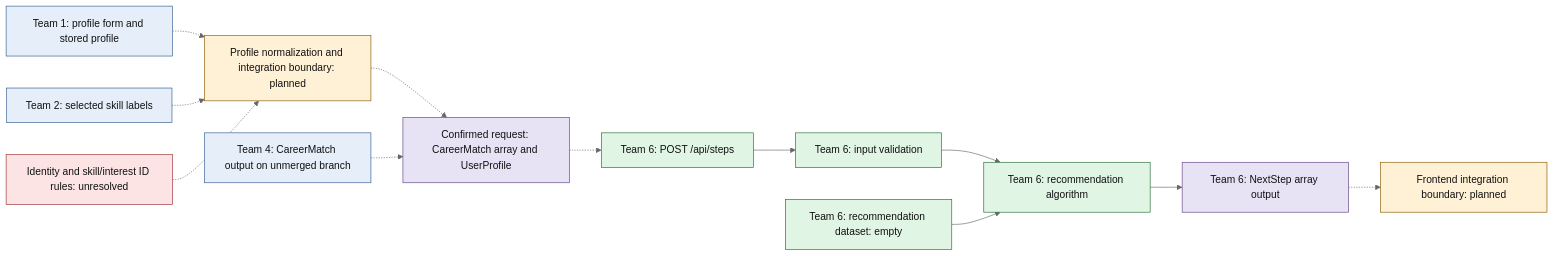
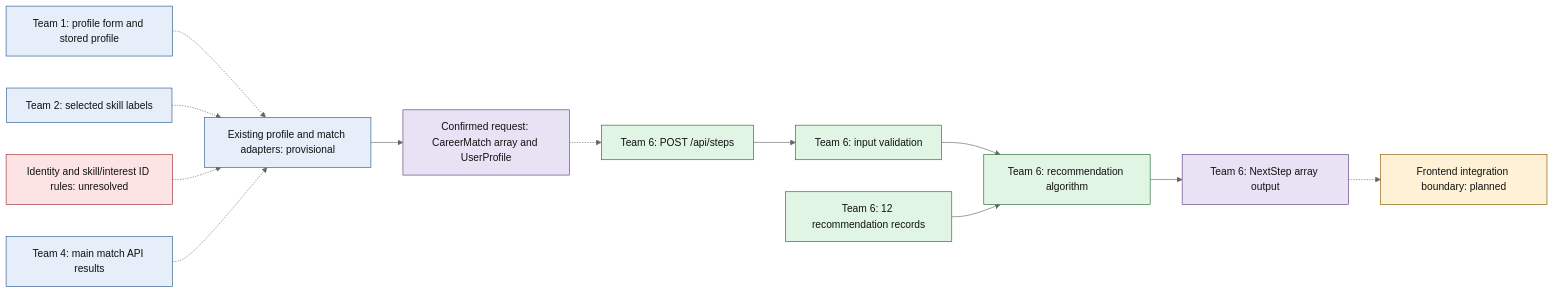
Before and after one commit to jaynaugler/ttns: the diagram in src/lib/next-steps/BACKEND_ROADMAP.md, drawn with Mermaid (neutral theme). The commit also changed other lines of this file and 4 other files, not shown here.

Commit message:
Simplify Team 6 backend and improve integration tests

````diff
--- a/src/lib/next-steps/BACKEND_ROADMAP.md
+++ b/src/lib/next-steps/BACKEND_ROADMAP.md
@@ -18,32 +17,32 @@
 ```mermaid
 flowchart LR
     P["Team 1: profile form and stored profile"]:::external
     S["Team 2: selected skill labels"]:::external
-    N["Profile normalization and integration boundary: planned"]:::planned
-    M["Team 4: CareerMatch output on unmerged branch"]:::external
+    N["Existing profile and match adapters: provisional"]:::external
+    M["Team 4: main match API results"]:::external
     R["Team 6: POST /api/steps"]:::implemented
     V["Team 6: input validation"]:::implemented
-    D["Team 6: recommendation dataset: empty"]:::implemented
+    D["Team 6: 12 recommendation records"]:::implemented
     A["Team 6: recommendation algorithm"]:::implemented
     O["Team 6: NextStep array output"]:::contract
     F["Frontend integration boundary: planned"]:::planned
     U["Identity and skill/interest ID rules: unresolved"]:::decision
     C["Confirmed request: CareerMatch array and UserProfile"]:::contract
 
     P -.-> N
     S -.-> N
     U -.-> N
-    N -.-> C
-    M -.-> C
+    M -.-> N
+    N --> C
     C -.-> R
     R --> V
     V --> A
     D --> A
     A --> O
     O -.-> F
     classDef implemented fill:#e1f5e5,stroke:#236b34,color:#111
     classDef external fill:#e5eef9,stroke:#315b91,color:#111
     classDef planned fill:#fff1d6,stroke:#8a5a00,color:#111
     classDef contract fill:#e8e2f5,stroke:#604184,color:#111
     classDef decision fill:#fde4e4,stroke:#9b3030,color:#111
 ```
````
